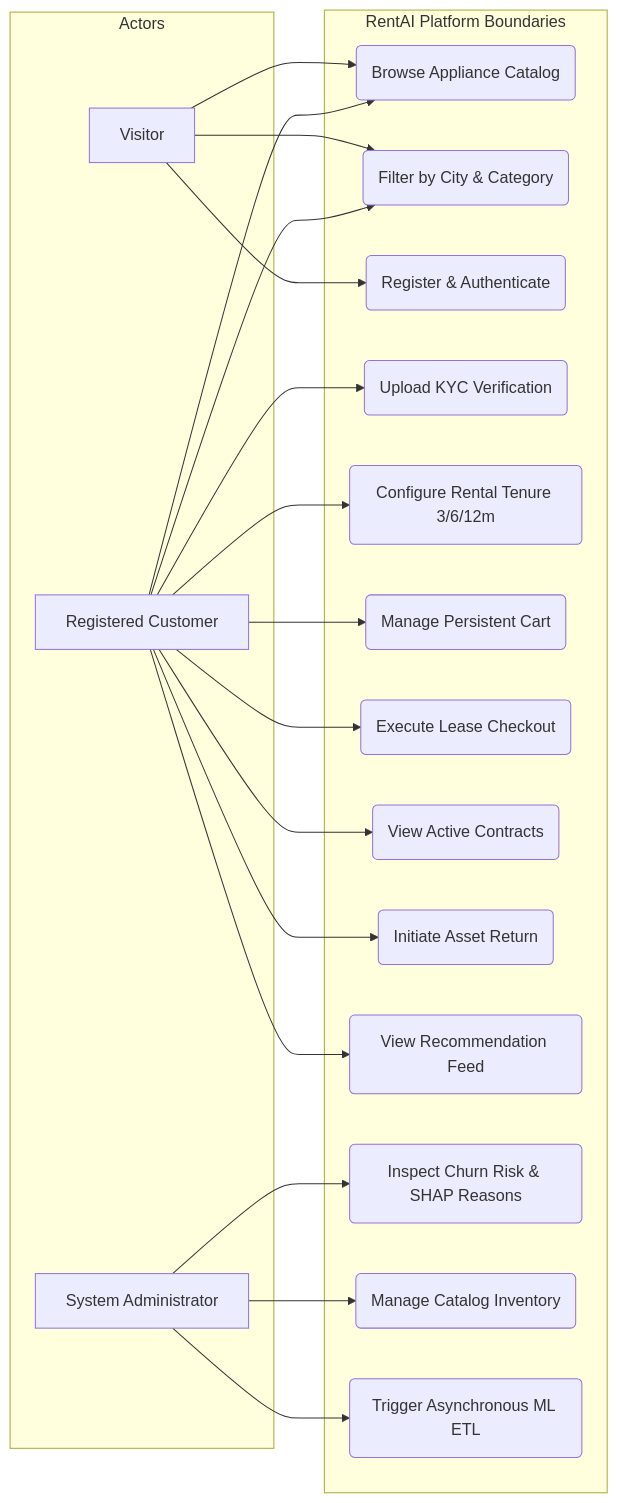
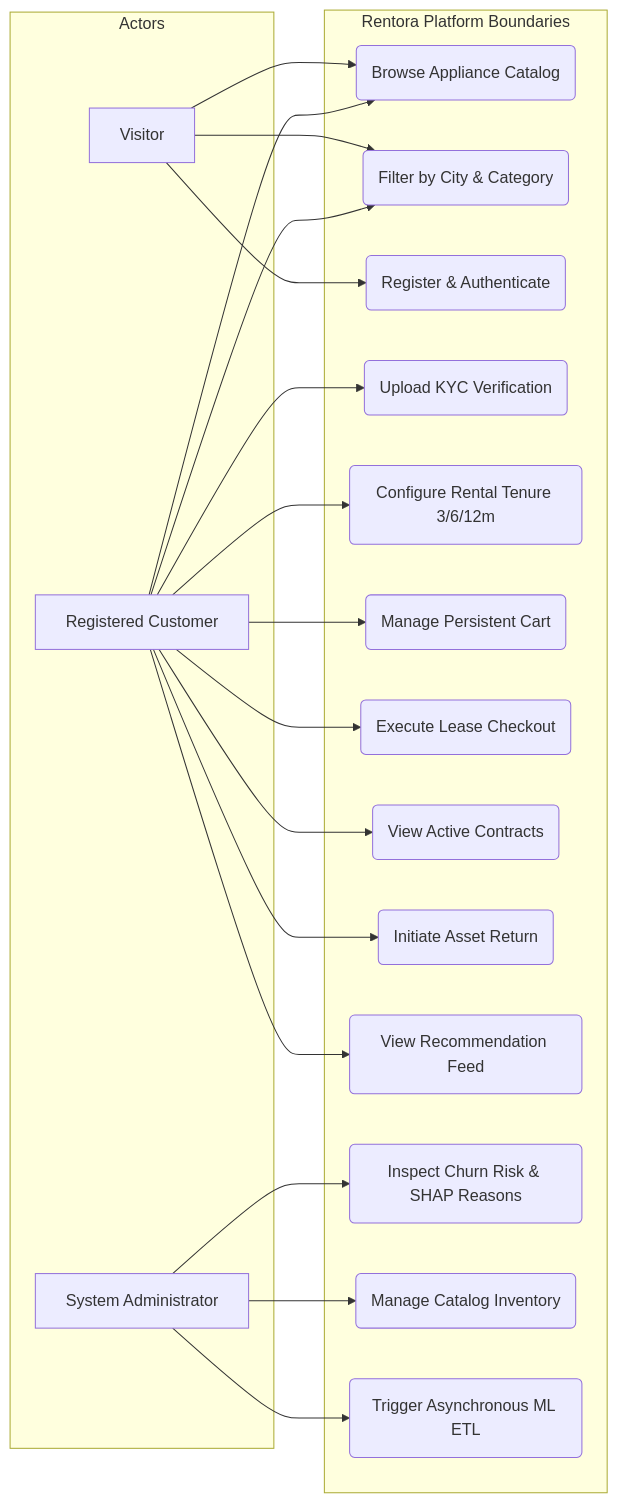
One commit to Nayak17-07/RentAI changed the first of 7 diagrams in docs/software/07_UML_DOCUMENTATION.md. Above: the diagram before and after it, drawn with Mermaid. The commit also changed other lines of this file and 144 other files, not shown here.

````diff
--- a/docs/software/07_UML_DOCUMENTATION.md
+++ b/docs/software/07_UML_DOCUMENTATION.md
@@ -18,42 +18,42 @@
 ```mermaid
 graph LR
     subgraph Actors
         V[Visitor]
         C[Registered Customer]
         A[System Administrator]
     end
 
-    subgraph RentAI Platform Boundaries
+    subgraph Rentora Platform Boundaries
         UC1(Browse Appliance Catalog)
         UC2(Filter by City & Category)
         UC3(Register & Authenticate)
         UC4(Upload KYC Verification)
         UC5(Configure Rental Tenure 3/6/12m)
         UC6(Manage Persistent Cart)
         UC7(Execute Lease Checkout)
         UC8(View Active Contracts)
         UC9(Initiate Asset Return)
         UC10(View Recommendation Feed)
         UC11(Inspect Churn Risk & SHAP Reasons)
         UC12(Manage Catalog Inventory)
         UC13(Trigger Asynchronous ML ETL)
     end
 
     V --> UC1
     V --> UC2
     V --> UC3
 
     C --> UC1
     C --> UC2
     C --> UC4
     C --> UC5
     C --> UC6
     C --> UC7
     C --> UC8
     C --> UC9
     C --> UC10
 
     A --> UC11
     A --> UC12
     A --> UC13
 ```
````
